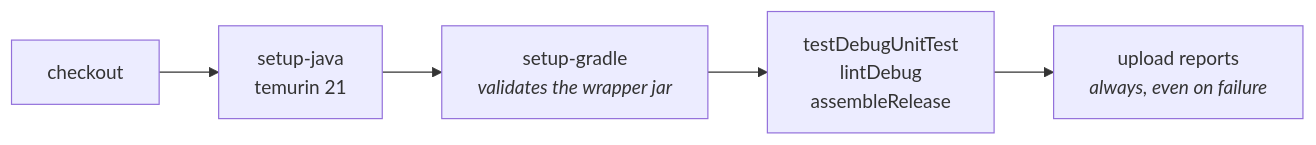
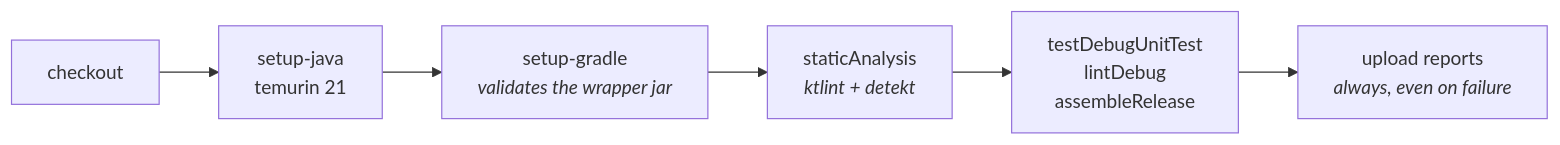
One commit to rezzt-dev/focusphone-app changed the first of 2 diagrams in documentation/en/developers/11-ci-and-release.md. Above: the diagram before and after it, drawn with Mermaid. The commit also changed other lines of this file and 76 other files, not shown here.

````diff
--- a/documentation/en/developers/11-ci-and-release.md
+++ b/documentation/en/developers/11-ci-and-release.md
@@ -27,7 +27,8 @@
 ```mermaid
 flowchart LR
     A["checkout"] --> B["setup-java<br>temurin 21"]
     B --> C["setup-gradle<br><i>validates the wrapper jar</i>"]
-    C --> D["testDebugUnitTest<br>lintDebug<br>assembleRelease"]
+    C --> C2["staticAnalysis<br><i>ktlint + detekt</i>"]
+    C2 --> D["testDebugUnitTest<br>lintDebug<br>assembleRelease"]
     D --> E["upload reports<br><i>always, even on failure</i>"]
 ```
````
